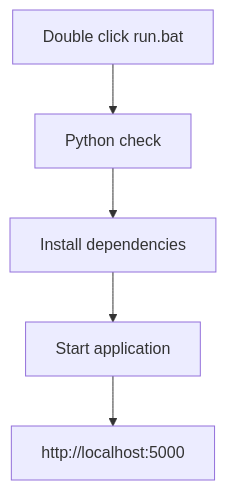
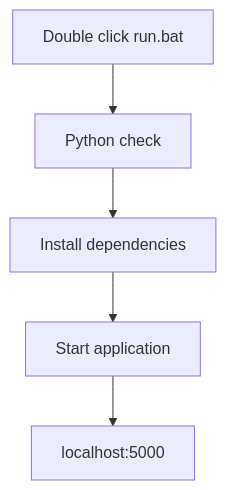
One commit to Juriaanb/RDP_Manager changed the diagram in README.md. Above: the diagram before and after it, drawn with Mermaid.

````diff
--- a/README.md
+++ b/README.md
@@ -23,7 +23,7 @@
 ```mermaid
 graph TD
     A[Double click run.bat] --> B[Python check]
     B --> C[Install dependencies]
     C --> D[Start application]
-    D --> E[http://localhost:5000]
+    D --> E["localhost:5000"]
 ```
````
